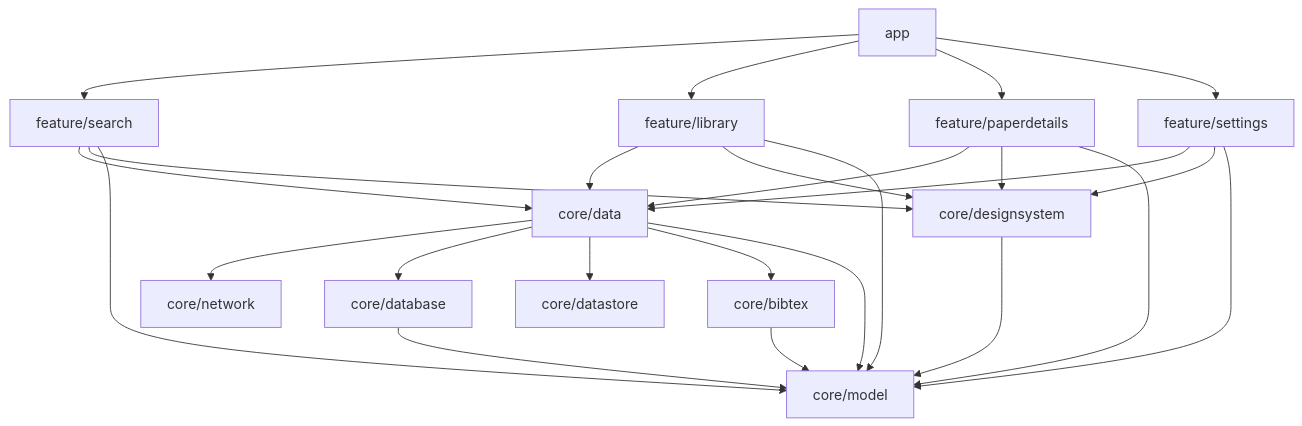
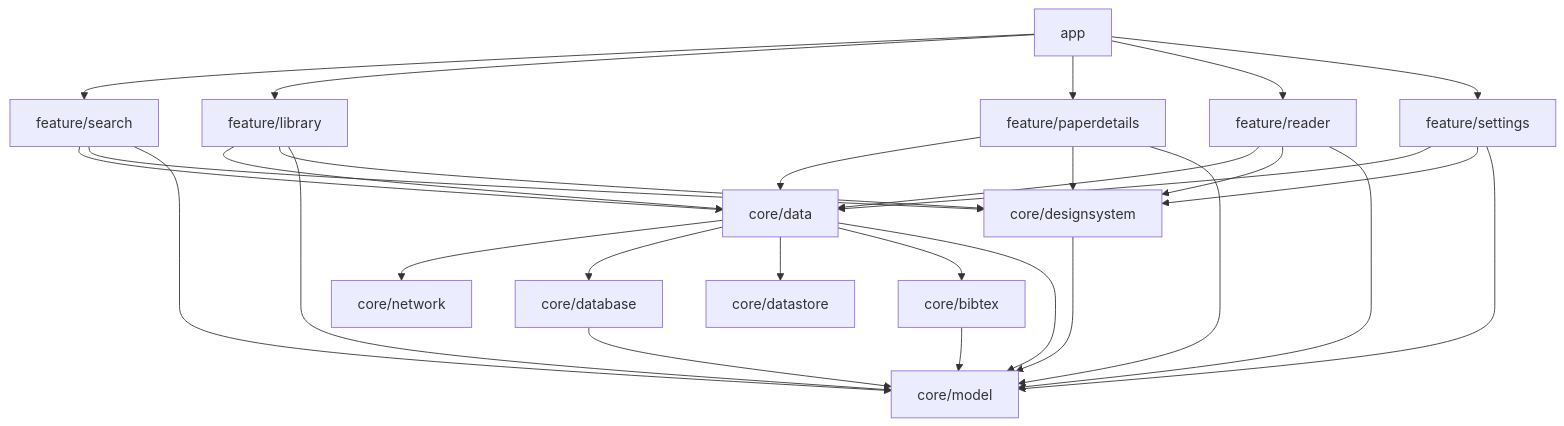
One commit to FadyFouad/Hashiya changed the diagram in README.md. Above: the diagram before and after it, drawn with Mermaid. The commit also changed other lines of this file and 1 other file, not shown here.

Commit message:
docs: describe PDFs: download, attach and read in the app

````diff
--- a/README.md
+++ b/README.md
@@ -30,9 +31,9 @@
 ```mermaid
 graph TD
-    app --> feature/search & feature/library & feature/paperdetails & feature/settings
-    feature/search & feature/library & feature/paperdetails & feature/settings --> core/data & core/designsystem & core/model
+    app --> feature/search & feature/library & feature/paperdetails & feature/reader & feature/settings
+    feature/search & feature/library & feature/paperdetails & feature/reader & feature/settings --> core/data & core/designsystem & core/model
     core/designsystem --> core/model
     core/database --> core/model
     core/data --> core/network & core/database & core/datastore & core/bibtex & core/model
     core/bibtex --> core/model
 ```
````
